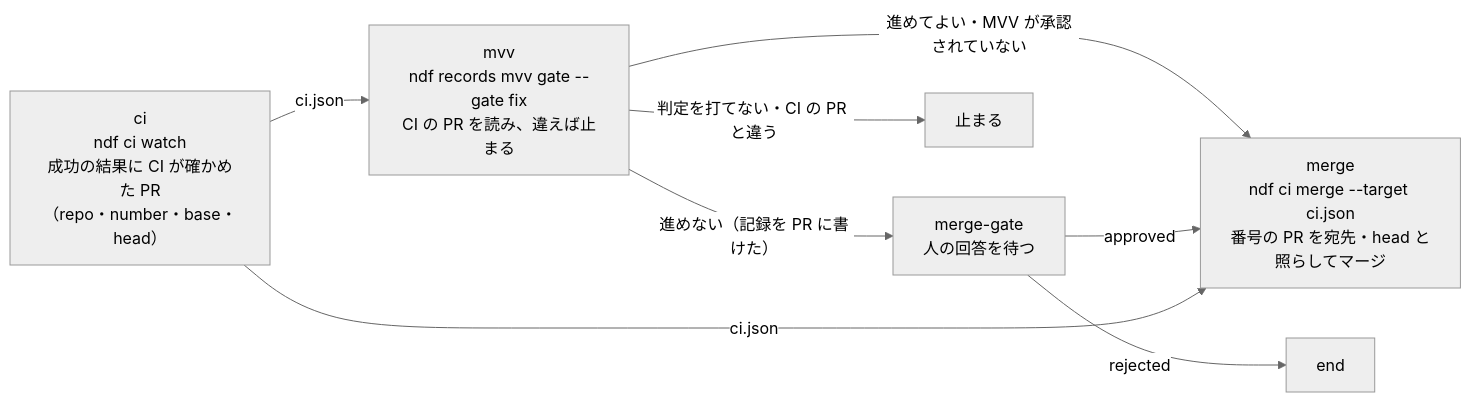
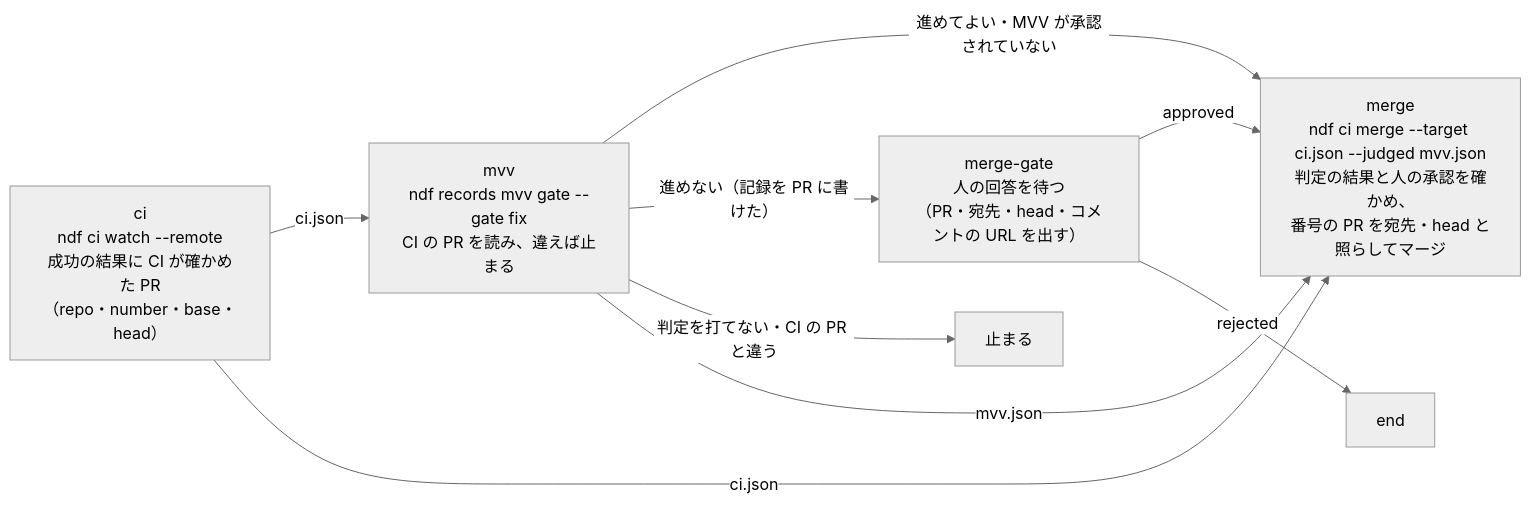
Before and after one commit to devbasex/ai-plugins: the second of 3 diagrams in issues/issue-4104-design.md, drawn with Mermaid (neutral theme). The commit also changed other lines of this file and 1 other file, not shown here.

````diff
--- a/issues/issue-4104-design.md
+++ b/issues/issue-4104-design.md
@@ -41,10 +41,11 @@
 ```mermaid
 flowchart LR
-  CI["ci<br/>ndf ci watch<br/>成功の結果に CI が確かめた PR<br/>（repo・number・base・head）"] -->|ci.json| J["mvv<br/>ndf records mvv gate --gate fix<br/>CI の PR を読み、違えば止まる"]
-  J -->|進めてよい・MVV が承認されていない| M["merge<br/>ndf ci merge --target ci.json<br/>番号の PR を宛先・head と照らしてマージ"]
-  J -->|進めない（記録を PR に書けた）| G["merge-gate<br/>人の回答を待つ"]
+  CI["ci<br/>ndf ci watch --remote<br/>成功の結果に CI が確かめた PR<br/>（repo・number・base・head）"] -->|ci.json| J["mvv<br/>ndf records mvv gate --gate fix<br/>CI の PR を読み、違えば止まる"]
+  J -->|進めてよい・MVV が承認されていない| M["merge<br/>ndf ci merge --target ci.json --judged mvv.json<br/>判定の結果と人の承認を確かめ、<br/>番号の PR を宛先・head と照らしてマージ"]
+  J -->|進めない（記録を PR に書けた）| G["merge-gate<br/>人の回答を待つ<br/>（PR・宛先・head・コメントの URL を出す）"]
   G -->|approved| M
   G -->|rejected| E["end"]
   J -->|判定を打てない・CI の PR と違う| S["止まる"]
   CI -->|ci.json| M
+  J -->|mvv.json| M
 ```
````
